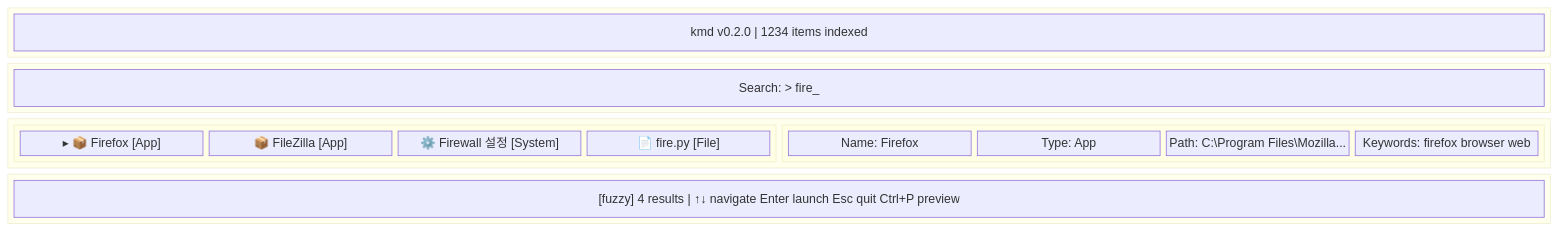
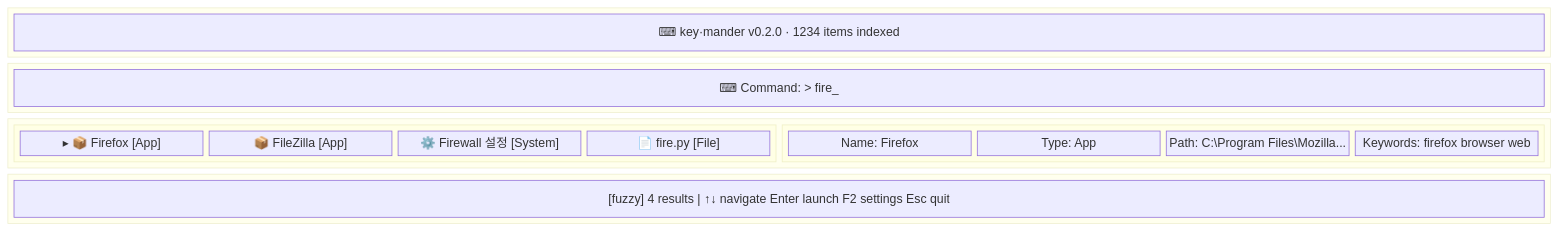
Before and after one commit to bullpae/keymander-cli: the fourth of 8 diagrams in docs/01_prd.md, drawn with Mermaid. The commit also changed other lines of this file and 3 other files, not shown here.

````diff
--- a/docs/01_prd.md
+++ b/docs/01_prd.md
@@ -148,28 +154,28 @@
 ```mermaid
 block-beta
     columns 1
     block:header:1
-        H["kmd v0.2.0 | 1234 items indexed"]
+        H["⌨ key·mander v0.2.0 · 1234 items indexed"]
     end
     block:inputBar:1
-        IB["Search: > fire_"]
+        IB["⌨ Command: > fire_"]
     end
     block:content:1
         columns 2
         block:resultsList:1
             R1["▸ 📦 Firefox          [App]"]
             R2["  📦 FileZilla        [App]"]
             R3["  ⚙️ Firewall 설정   [System]"]
             R4["  📄 fire.py          [File]"]
         end
         block:previewPanel:1
             P1["Name: Firefox"]
             P2["Type: App"]
             P3["Path: C:\Program Files\Mozilla..."]
             P4["Keywords: firefox browser web"]
         end
     end
     block:statusBar:1
-        SB["[fuzzy] 4 results | ↑↓ navigate  Enter launch  Esc quit  Ctrl+P preview"]
+        SB["[fuzzy] 4 results | ↑↓ navigate  Enter launch  F2 settings  Esc quit"]
     end
 ```
````
